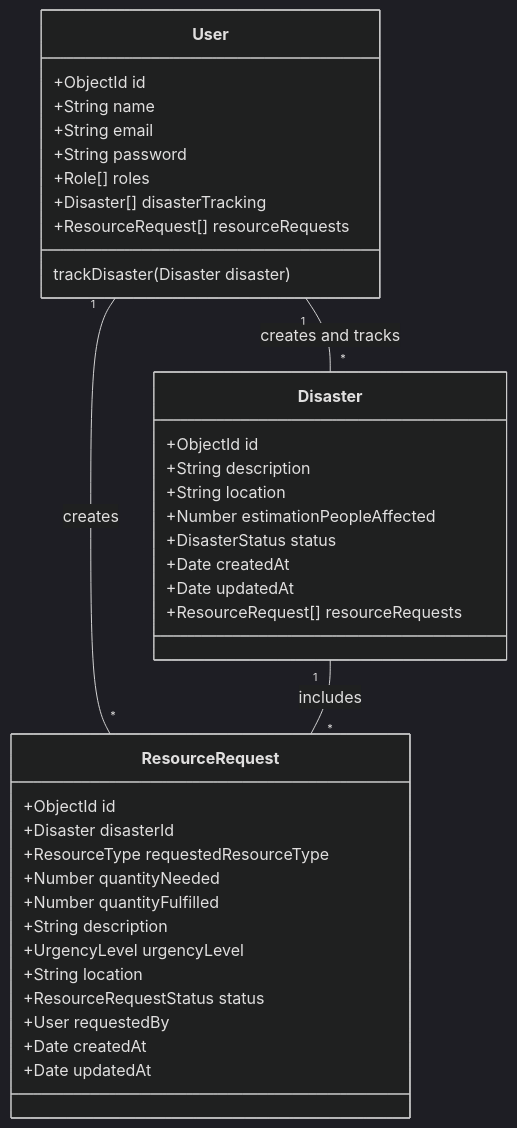
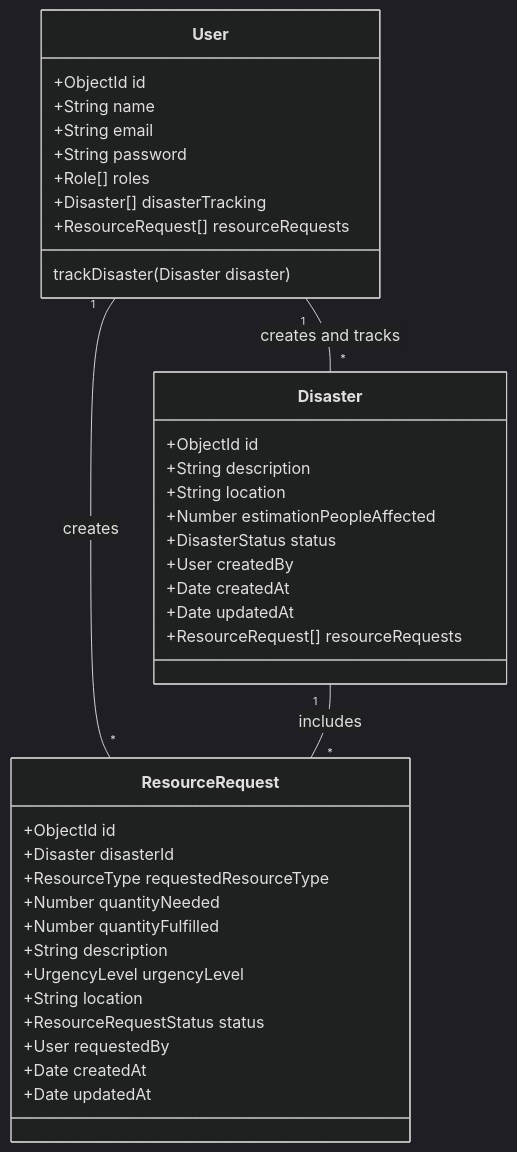
Before and after one commit to jpmono416/df-challenge-6-copy: the first of 2 diagrams in docs/Class-diagrams.md, drawn with Mermaid (dark theme). The commit also changed 9 other files, not shown here.

````diff
--- a/docs/Class-diagrams.md
+++ b/docs/Class-diagrams.md
@@ -9,43 +9,44 @@
 ```mermaid
 classDiagram
     class User {
         +ObjectId id
         +String name
         +String email
         +String password
         +Role[] roles
         +Disaster[] disasterTracking
         +ResourceRequest[] resourceRequests
         trackDisaster(Disaster disaster)
     }
 
     class ResourceRequest {
         +ObjectId id
         +Disaster disasterId
         +ResourceType requestedResourceType
         +Number quantityNeeded
         +Number quantityFulfilled
         +String description
         +UrgencyLevel urgencyLevel
         +String location
         +ResourceRequestStatus status
         +User requestedBy
         +Date createdAt
         +Date updatedAt
     }
 
     class Disaster {
         +ObjectId id
         +String description
         +String location
         +Number estimationPeopleAffected
         +DisasterStatus status
+        +User createdBy
         +Date createdAt
         +Date updatedAt
         +ResourceRequest[] resourceRequests
     }
 
     User "1" -- "*" ResourceRequest : creates
     User "1" -- "*" Disaster : creates and tracks
     Disaster "1" -- "*" ResourceRequest : includes
 ```
````
